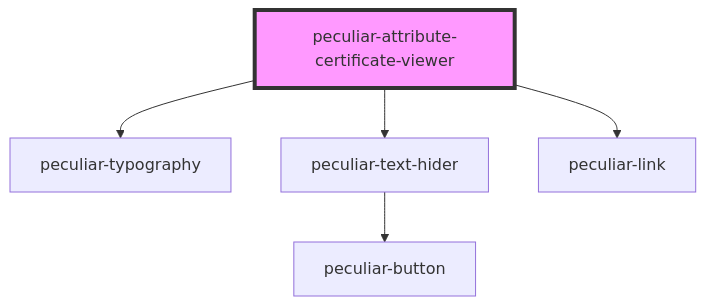
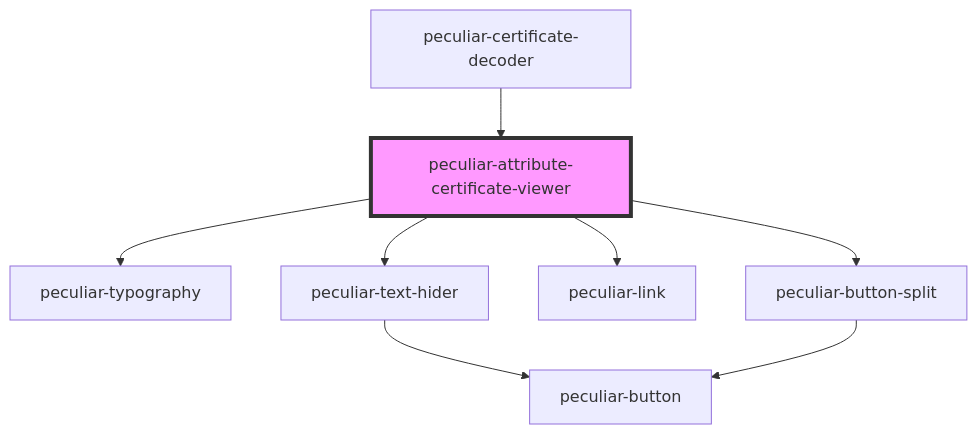
Before and after one commit to PeculiarVentures/pv-certificates-viewer: the diagram in packages/webcomponents/src/components/attribute-certificate-viewer/readme.md, drawn with Mermaid. The commit also changed other lines of this file and 10 other files, not shown here.

Commit message:
feat(weebcomponents): split attribute certificate viewer to smaller parts

````diff
--- a/packages/webcomponents/src/components/attribute-certificate-viewer/readme.md
+++ b/packages/webcomponents/src/components/attribute-certificate-viewer/readme.md
@@ -24,8 +34,11 @@
 ```mermaid
 graph TD;
   peculiar-attribute-certificate-viewer --> peculiar-typography
   peculiar-attribute-certificate-viewer --> peculiar-text-hider
   peculiar-attribute-certificate-viewer --> peculiar-link
+  peculiar-attribute-certificate-viewer --> peculiar-button-split
   peculiar-text-hider --> peculiar-button
+  peculiar-button-split --> peculiar-button
+  peculiar-certificate-decoder --> peculiar-attribute-certificate-viewer
   style peculiar-attribute-certificate-viewer fill:#f9f,stroke:#333,stroke-width:4px
 ```
````
